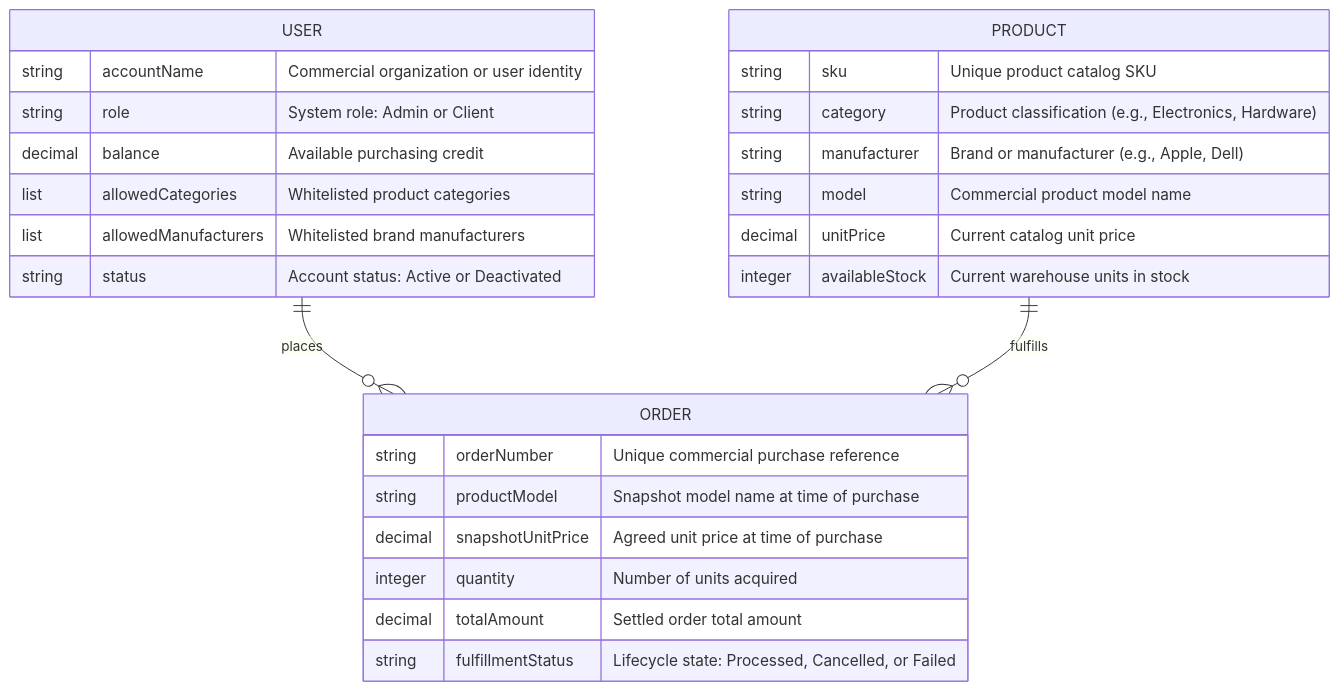
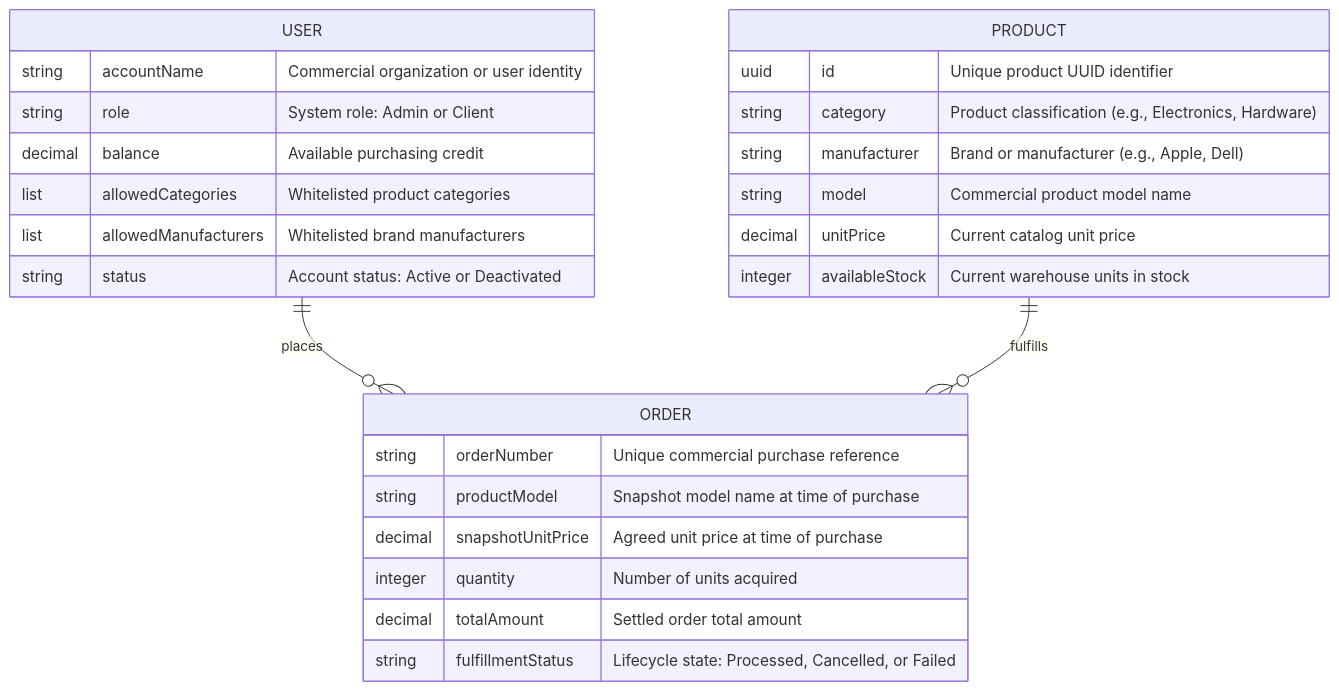
One commit to altregubov/warehouse-rest-test-app changed the second of 4 diagrams in specs/CLIENT_SPEC.md. Above: the diagram before and after it, drawn with Mermaid. The commit also changed other lines of this file and 2 other files, not shown here.

Commit message:
docs: replace SKU references with product UUID in specifications and tests

````diff
--- a/specs/CLIENT_SPEC.md
+++ b/specs/CLIENT_SPEC.md
@@ -93,32 +93,32 @@
 ```mermaid
 erDiagram
     USER ||--o{ ORDER : "places"
     PRODUCT ||--o{ ORDER : "fulfills"
 
     USER {
         string accountName "Commercial organization or user identity"
         string role "System role: Admin or Client"
         decimal balance "Available purchasing credit"
         list allowedCategories "Whitelisted product categories"
         list allowedManufacturers "Whitelisted brand manufacturers"
         string status "Account status: Active or Deactivated"
     }
 
     PRODUCT {
-        string sku "Unique product catalog SKU"
+        uuid id "Unique product UUID identifier"
         string category "Product classification (e.g., Electronics, Hardware)"
         string manufacturer "Brand or manufacturer (e.g., Apple, Dell)"
         string model "Commercial product model name"
         decimal unitPrice "Current catalog unit price"
         integer availableStock "Current warehouse units in stock"
     }
 
     ORDER {
         string orderNumber "Unique commercial purchase reference"
         string productModel "Snapshot model name at time of purchase"
         decimal snapshotUnitPrice "Agreed unit price at time of purchase"
         integer quantity "Number of units acquired"
         decimal totalAmount "Settled order total amount"
         string fulfillmentStatus "Lifecycle state: Processed, Cancelled, or Failed"
     }
 ```
````
